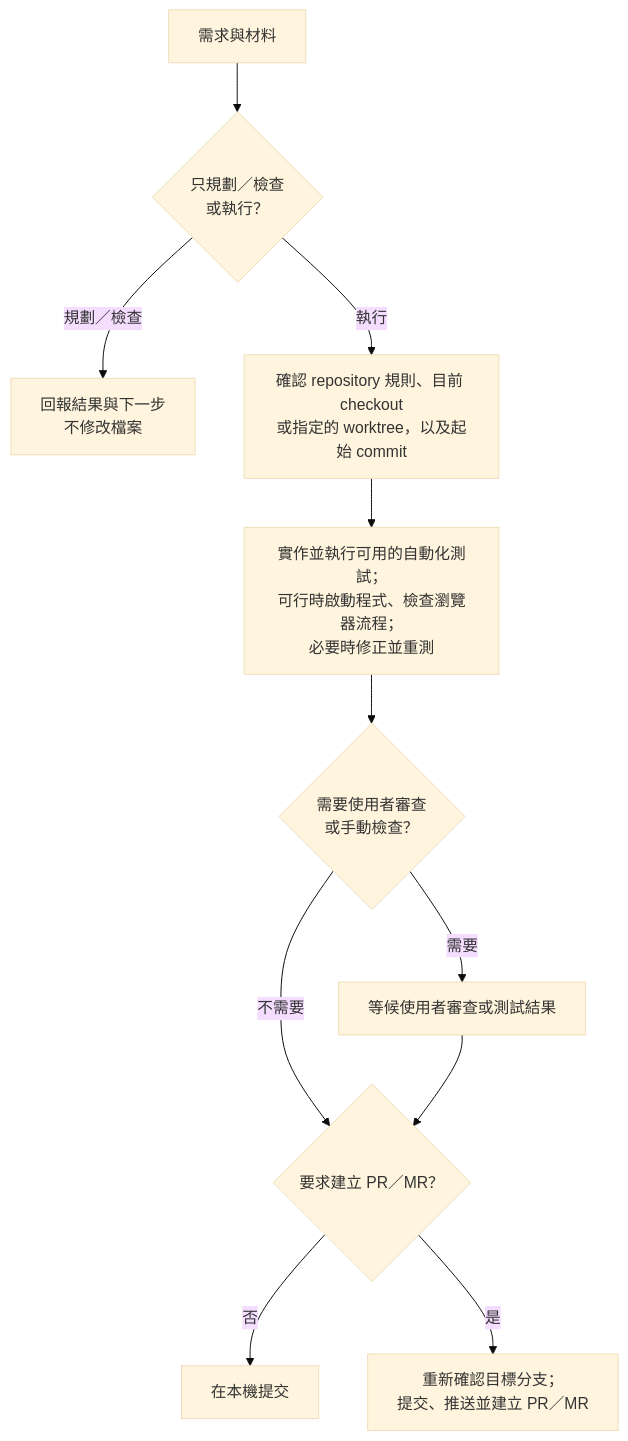
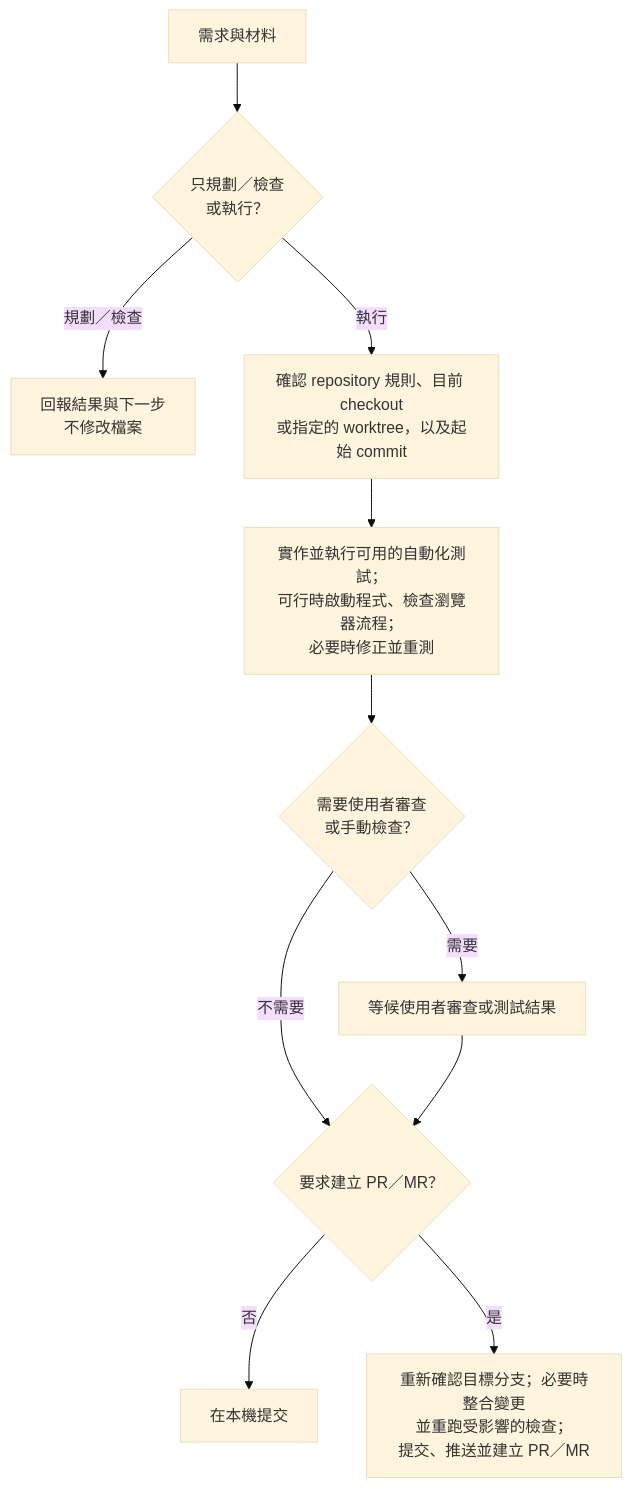
The second of 2 diagrams in README.zh-TW.md (sherrilla71940/dotfiles), drawn with Mermaid (base theme) before and after one commit. The commit also changed other lines of this file and 1 other file, not shown here.

````diff
--- a/README.zh-TW.md
+++ b/README.zh-TW.md
@@ -51,13 +51,13 @@
 ```mermaid
 flowchart TB
     request["需求與材料"] --> route{"只規劃／檢查<br/>或執行？"}
     route -->|規劃／檢查| findings["回報結果與下一步<br/>不修改檔案"]
     route -->|執行| workspace["確認 repository 規則、目前 checkout<br/>或指定的 worktree，以及起始 commit"]
     workspace --> work["實作並執行可用的自動化測試；<br/>可行時啟動程式、檢查瀏覽器流程；<br/>必要時修正並重測"]
     work --> gate{"需要使用者審查<br/>或手動檢查？"}
     gate -->|需要| user["等候使用者審查或測試結果"]
     gate -->|不需要| delivery{"要求建立 PR／MR？"}
     user --> delivery
     delivery -->|否| local["在本機提交"]
-    delivery -->|是| publish["重新確認目標分支；<br/>提交、推送並建立 PR／MR"]
+    delivery -->|是| publish["重新確認目標分支；必要時整合變更<br/>並重跑受影響的檢查；<br/>提交、推送並建立 PR／MR"]
 ```
````
